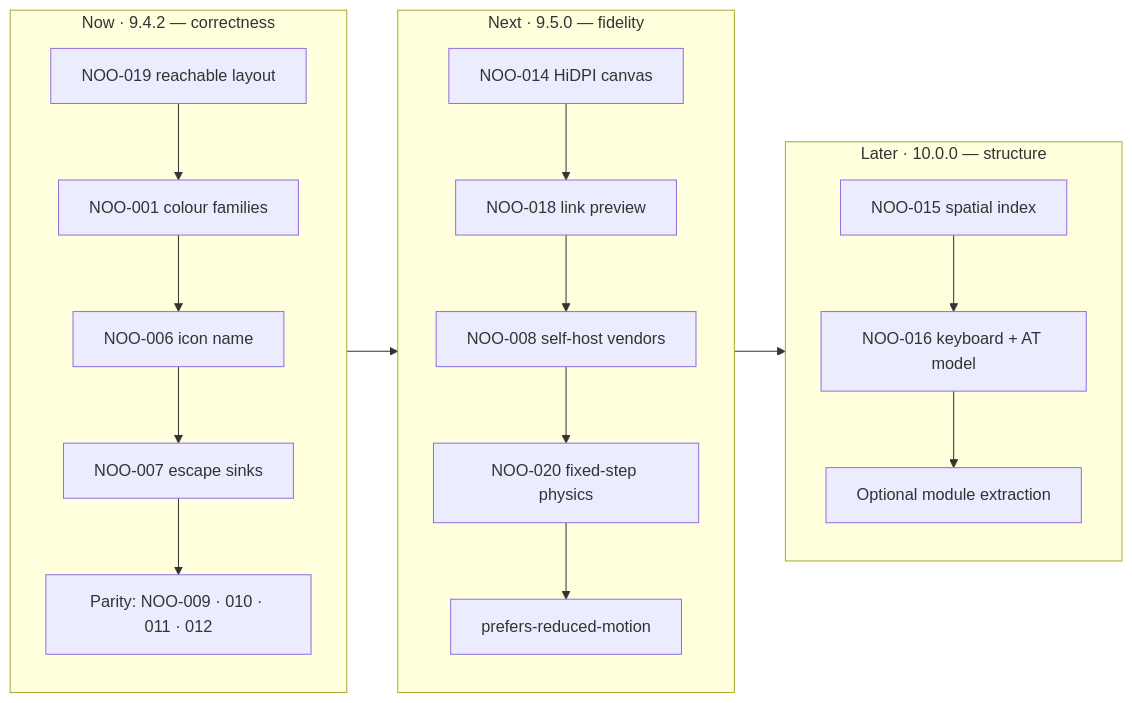
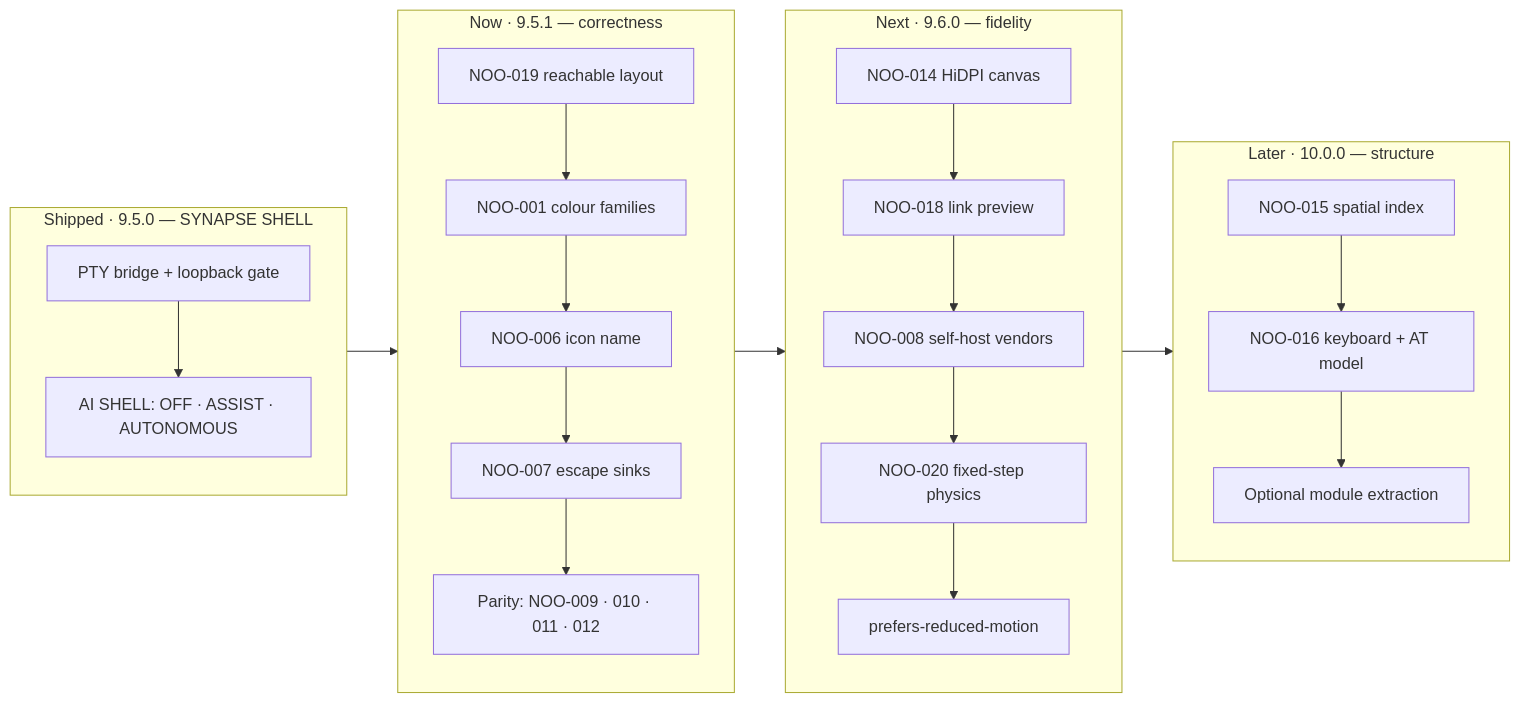
The diagram in README.md (zazieproductions/Prometheus-Noosphere-v9.4), drawn with Mermaid before and after one commit. The commit also changed other lines of this file and 30 other files, not shown here.

````diff
--- a/README.md
+++ b/README.md
@@ -308,20 +387,23 @@
 ```mermaid
 flowchart LR
-    subgraph NOW["Now · 9.4.2 — correctness"]
+    subgraph SHIP["Shipped · 9.5.0 — SYNAPSE SHELL"]
+      S1["PTY bridge + loopback gate"] --> S2["AI SHELL: OFF · ASSIST · AUTONOMOUS"]
+    end
+    subgraph NOW["Now · 9.5.1 — correctness"]
       A["NOO-019 reachable layout"] --> B["NOO-001 colour families"]
       B --> C["NOO-006 icon name"]
       C --> D["NOO-007 escape sinks"]
       D --> E["Parity: NOO-009 · 010 · 011 · 012"]
     end
-    subgraph NEXT["Next · 9.5.0 — fidelity"]
+    subgraph NEXT["Next · 9.6.0 — fidelity"]
       F["NOO-014 HiDPI canvas"] --> G["NOO-018 link preview"]
       G --> H["NOO-008 self-host vendors"]
       H --> I["NOO-020 fixed-step physics"]
       I --> J["prefers-reduced-motion"]
     end
     subgraph LATER["Later · 10.0.0 — structure"]
       K["NOO-015 spatial index"] --> L["NOO-016 keyboard + AT model"]
       L --> M["Optional module extraction"]
     end
-    NOW --> NEXT --> LATER
+    SHIP --> NOW --> NEXT --> LATER
 ```
````
